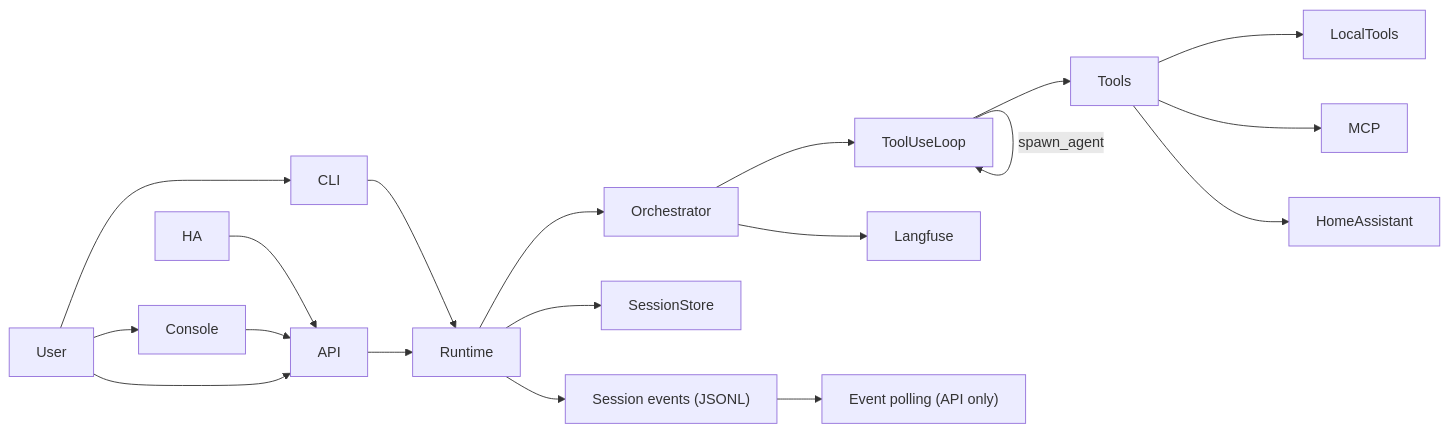
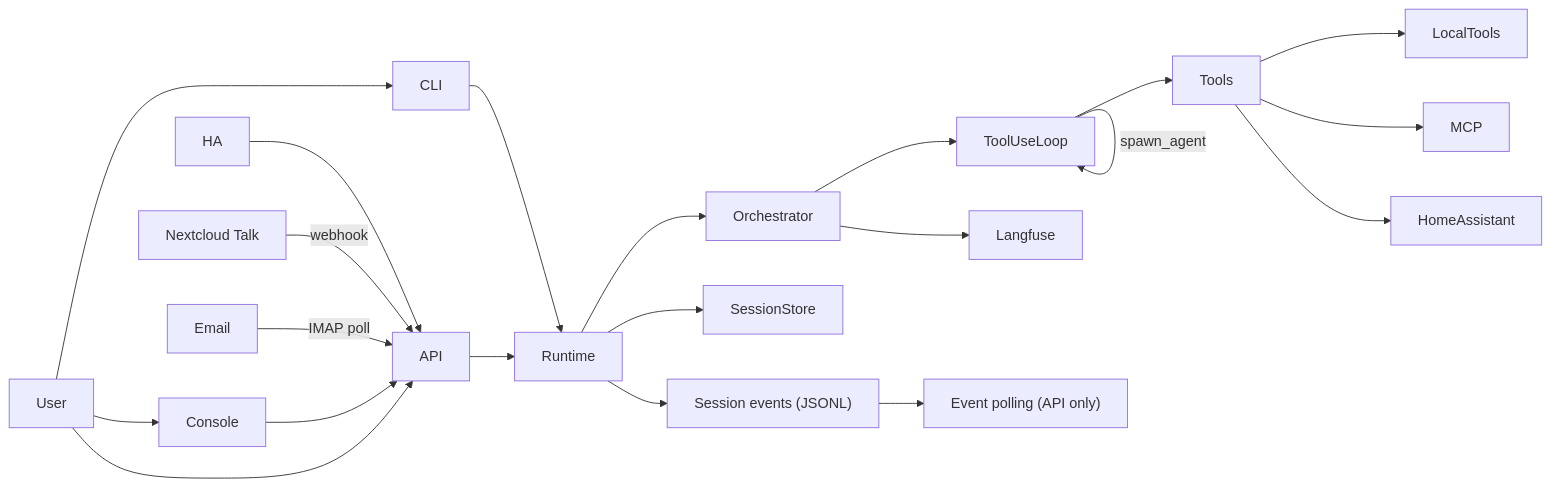
One commit to bearlike/Assistant changed the diagram in docs/index.md. Above: the diagram before and after it, drawn with Mermaid. The commit also changed other lines of this file and 114 other files, not shown here.

````diff
--- a/docs/index.md
+++ b/docs/index.md
@@ -63,21 +65,23 @@
 ```mermaid
 flowchart LR
   User --> CLI
   User --> Console
   User --> API
   HA --> API
+  NCTalk["Nextcloud Talk"] -->|"webhook"| API
+  Email["Email"] -->|"IMAP poll"| API
   CLI --> Runtime
   Console --> API
   API --> Runtime
   Runtime --> Orchestrator
   Runtime --> SessionStore
   Orchestrator --> ToolUseLoop
   ToolUseLoop --> Tools
   ToolUseLoop -->|"spawn_agent"| ToolUseLoop
   Tools --> LocalTools
   Tools --> MCP
   Tools --> HomeAssistant
   Runtime --> Events["Session events (JSONL)"]
   Events --> Polling["Event polling (API only)"]
   Orchestrator --> Langfuse
 ```
````
